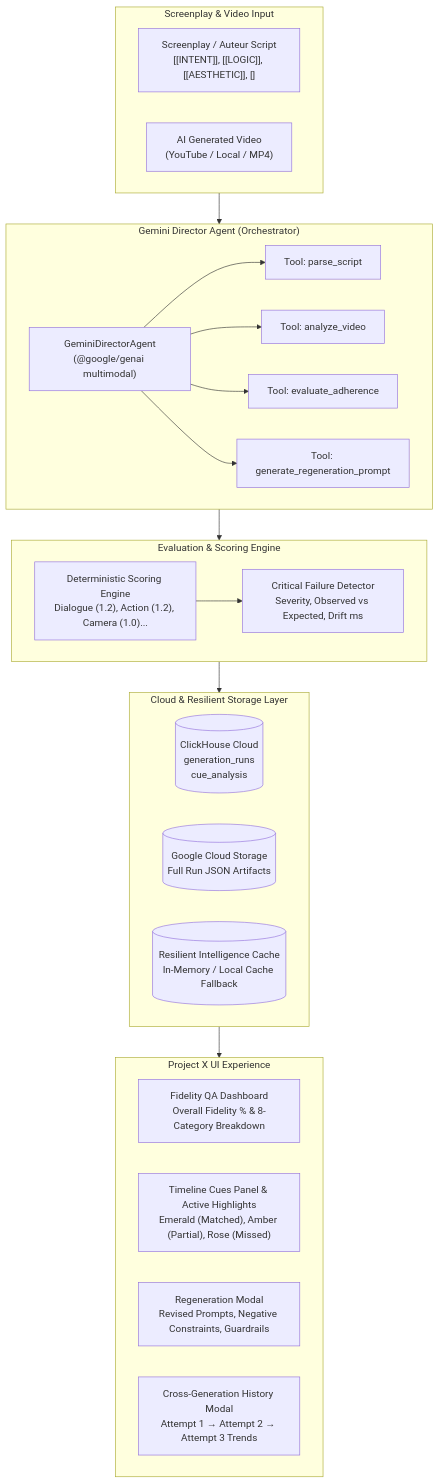
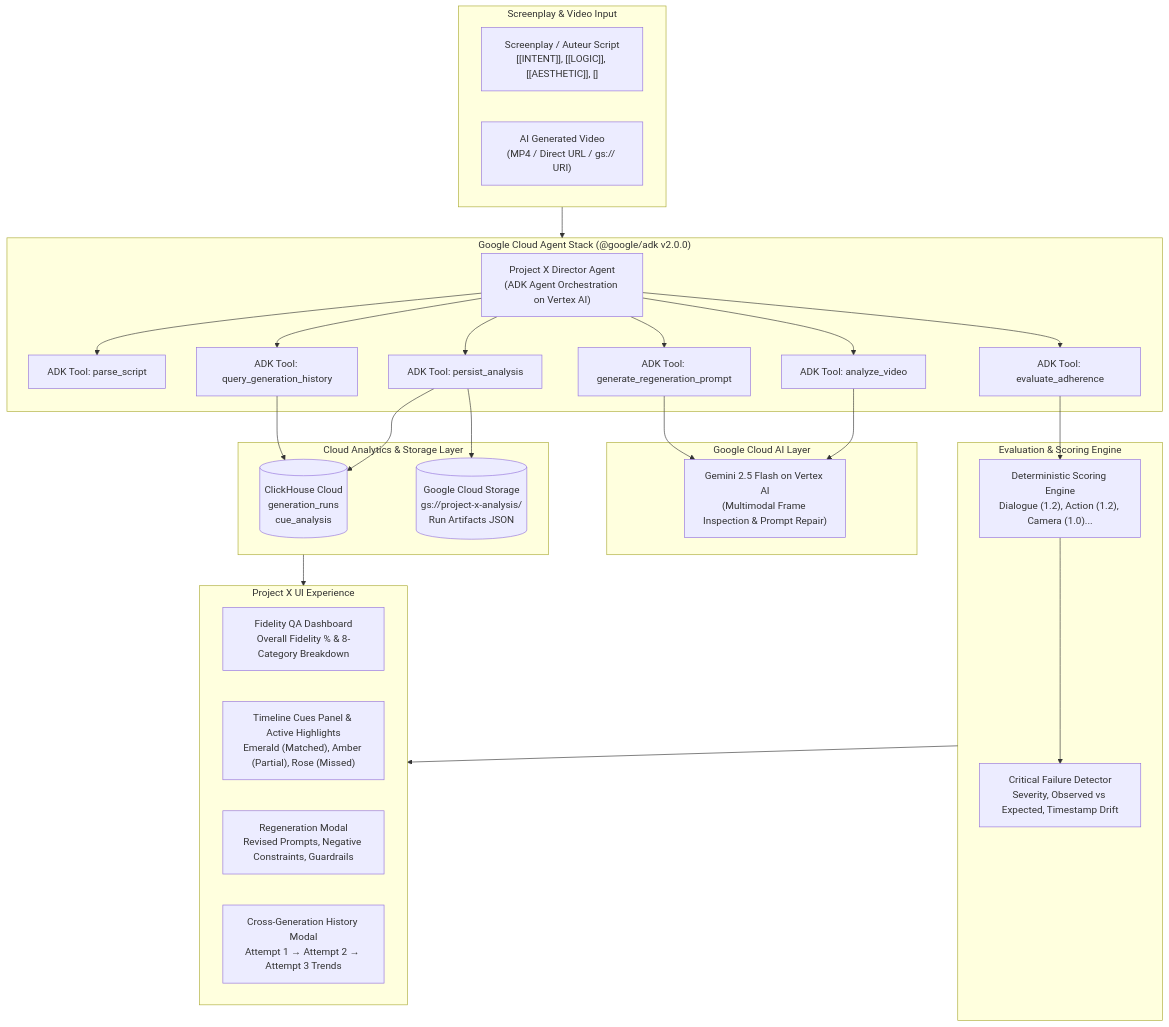
The diagram in README.md (mylife-as-miles/Project-X), drawn with Mermaid before and after one commit. The commit also changed other lines of this file and 10 other files, not shown here.

Commit message:
feat: integrate official @google/adk, Vertex AI, Vercel catch-all routing, and remove YouTube substitution

````diff
--- a/README.md
+++ b/README.md
@@ -36,44 +37,70 @@
 ```mermaid
 flowchart TD
     subgraph Input["Screenplay & Video Input"]
-        SP["Screenplay / Auteur Script\n[[INTENT]], [[LOGIC]], [[AESTHETIC]], [<BRIEF>]"]
-        VD["AI Generated Video\n(YouTube / Local / MP4)"]
+        SP["Screenplay / Auteur Script
+[[INTENT]], [[LOGIC]], [[AESTHETIC]], [<BRIEF>]"]
+        VD["AI Generated Video
+(MP4 / Direct URL / gs:// URI)"]
     end
 
-    subgraph Agent["Gemini Director Agent (Orchestrator)"]
-        GDA["GeminiDirectorAgent\n(@google/genai multimodal)"]
-        T1["Tool: parse_script"]
-        T2["Tool: analyze_video"]
-        T3["Tool: evaluate_adherence"]
-        T4["Tool: generate_regeneration_prompt"]
+    subgraph ADK["Google Cloud Agent Stack (@google/adk v2.0.0)"]
+        GDA["Project X Director Agent
+(ADK Agent Orchestration on Vertex AI)"]
+        T1["ADK Tool: parse_script"]
+        T2["ADK Tool: analyze_video"]
+        T3["ADK Tool: evaluate_adherence"]
+        T4["ADK Tool: generate_regeneration_prompt"]
+        T5["ADK Tool: persist_analysis"]
+        T6["ADK Tool: query_generation_history"]
         
         GDA --> T1
         GDA --> T2
         GDA --> T3
         GDA --> T4
+        GDA --> T5
+        GDA --> T6
+    end
+
+    subgraph LLM["Google Cloud AI Layer"]
+        VAI["Gemini 2.5 Flash on Vertex AI
+(Multimodal Frame Inspection & Prompt Repair)"]
+        T2 --> VAI
+        T4 --> VAI
     end
 
     subgraph Evaluation["Evaluation & Scoring Engine"]
-        SE["Deterministic Scoring Engine\nDialogue (1.2), Action (1.2), Camera (1.0)..."]
-        CF["Critical Failure Detector\nSeverity, Observed vs Expected, Drift ms"]
+        SE["Deterministic Scoring Engine
+Dialogue (1.2), Action (1.2), Camera (1.0)..."]
+        CF["Critical Failure Detector
+Severity, Observed vs Expected, Timestamp Drift"]
+        T3 --> SE
         SE --> CF
     end
 
-    subgraph Persistence["Cloud & Resilient Storage Layer"]
-        CH[("ClickHouse Cloud\ngeneration_runs\ncue_analysis")]
-        GCS[("Google Cloud Storage\nFull Run JSON Artifacts")]
-        CACHE[("Resilient Intelligence Cache\nIn-Memory / Local Cache Fallback")]
+    subgraph Persistence["Cloud Analytics & Storage Layer"]
+        CH[("ClickHouse Cloud
+generation_runs
+cue_analysis")]
+        GCS[("Google Cloud Storage
+gs://project-x-analysis/
+Run Artifacts JSON")]
+        T5 --> CH
+        T5 --> GCS
+        T6 --> CH
     end
 
     subgraph Frontend["Project X UI Experience"]
-        FD["Fidelity QA Dashboard\nOverall Fidelity % & 8-Category Breakdown"]
-        TM["Timeline Cues Panel & Active Highlights\nEmerald (Matched), Amber (Partial), Rose (Missed)"]
-        RM["Regeneration Modal\nRevised Prompts, Negative Constraints, Guardrails"]
-        HM["Cross-Generation History Modal\nAttempt 1 → Attempt 2 → Attempt 3 Trends"]
+        FD["Fidelity QA Dashboard
+Overall Fidelity % & 8-Category Breakdown"]
+        TM["Timeline Cues Panel & Active Highlights
+Emerald (Matched), Amber (Partial), Rose (Missed)"]
+        RM["Regeneration Modal
+Revised Prompts, Negative Constraints, Guardrails"]
+        HM["Cross-Generation History Modal
+Attempt 1 → Attempt 2 → Attempt 3 Trends"]
     end
 
-    Input --> Agent
-    Agent --> Evaluation
-    Evaluation --> Persistence
+    Input --> ADK
+    Evaluation --> Frontend
     Persistence --> Frontend
 ```
````
